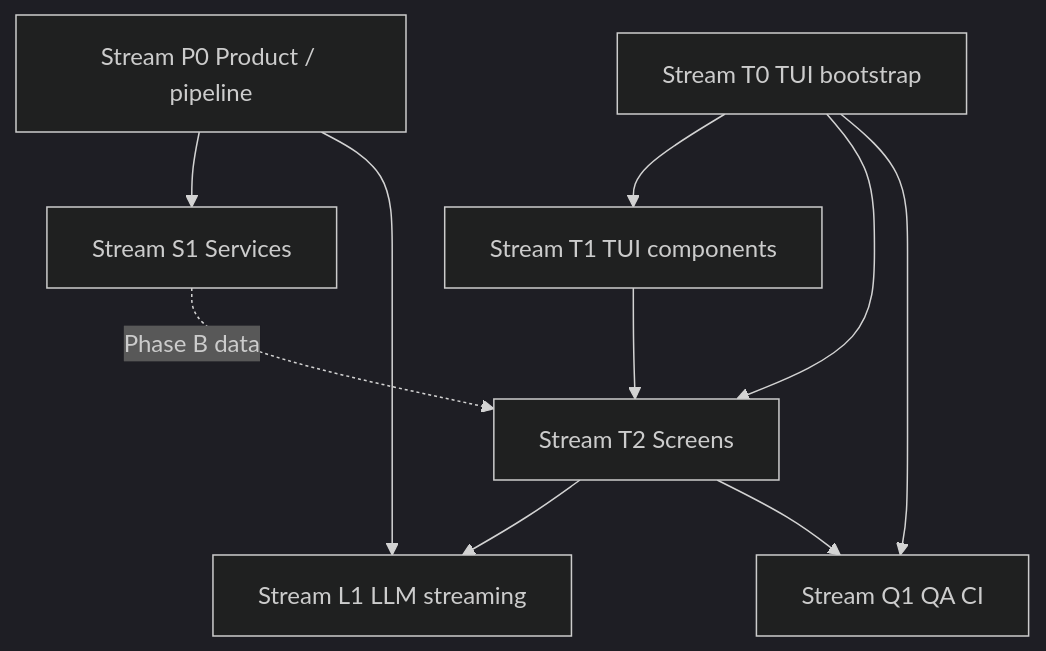
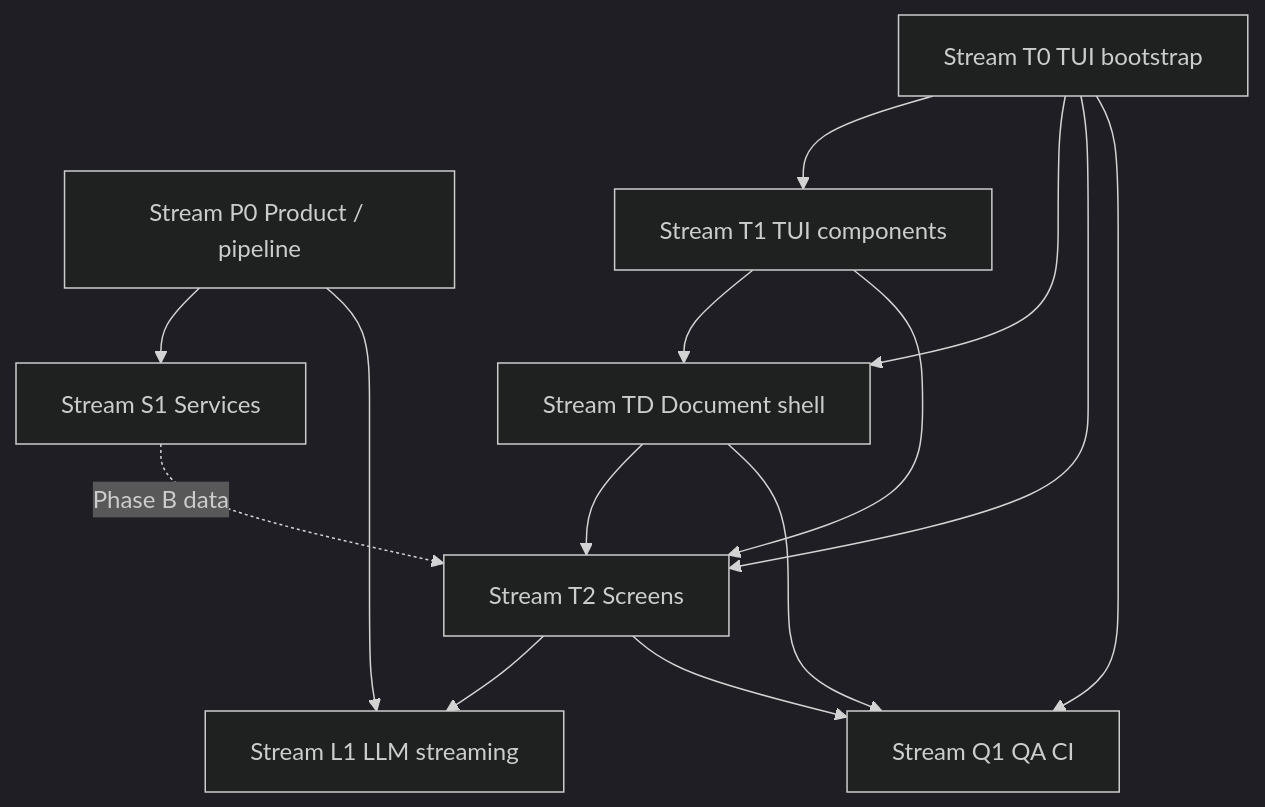
Before and after one commit to impressiver/suited: the diagram in specs/AGENTS.md, drawn with Mermaid (dark theme). The commit also changed other lines of this file and 69 other files, not shown here.

First line of the commit message:
feat(tui): document shell, refined resume editor, and specs

````diff
--- a/specs/AGENTS.md
+++ b/specs/AGENTS.md
@@ -41,19 +42,24 @@
 ```mermaid
 flowchart TB
   P0[Stream P0 Product / pipeline]
   S1[Stream S1 Services]
   T0[Stream T0 TUI bootstrap]
   T1[Stream T1 TUI components]
+  TD[Stream TD Document shell]
   T2[Stream T2 Screens]
   L1[Stream L1 LLM streaming]
   Q1[Stream Q1 QA CI]
   P0 --> S1
   T0 --> T1
+  T0 --> TD
+  T1 --> TD
   T1 --> T2
+  TD --> T2
   S1 -.->|Phase B data| T2
   T0 --> T2
   P0 --> L1
   T2 --> L1
   T0 --> Q1
   T2 --> Q1
+  TD --> Q1
 ```
````
